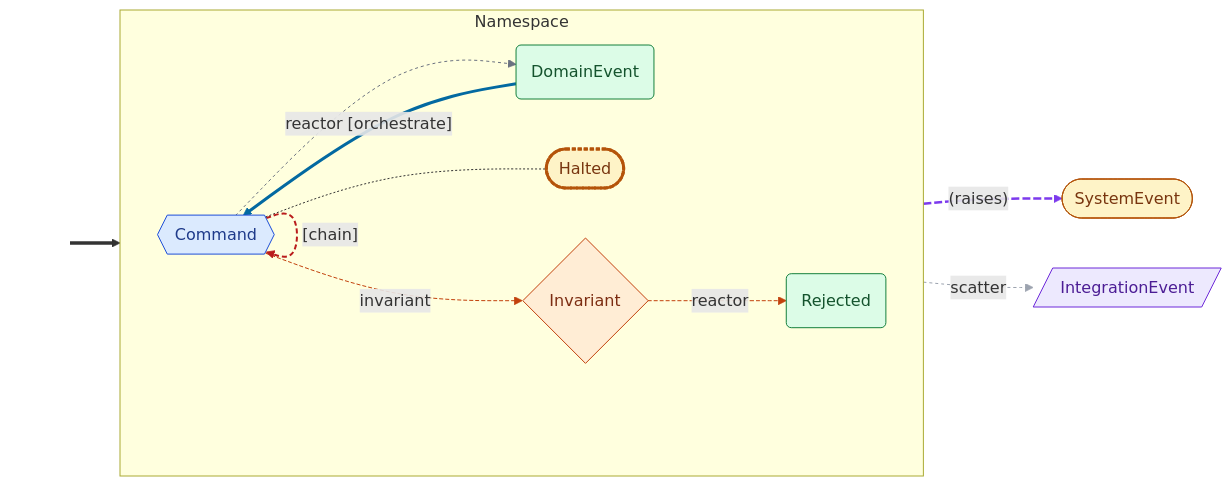
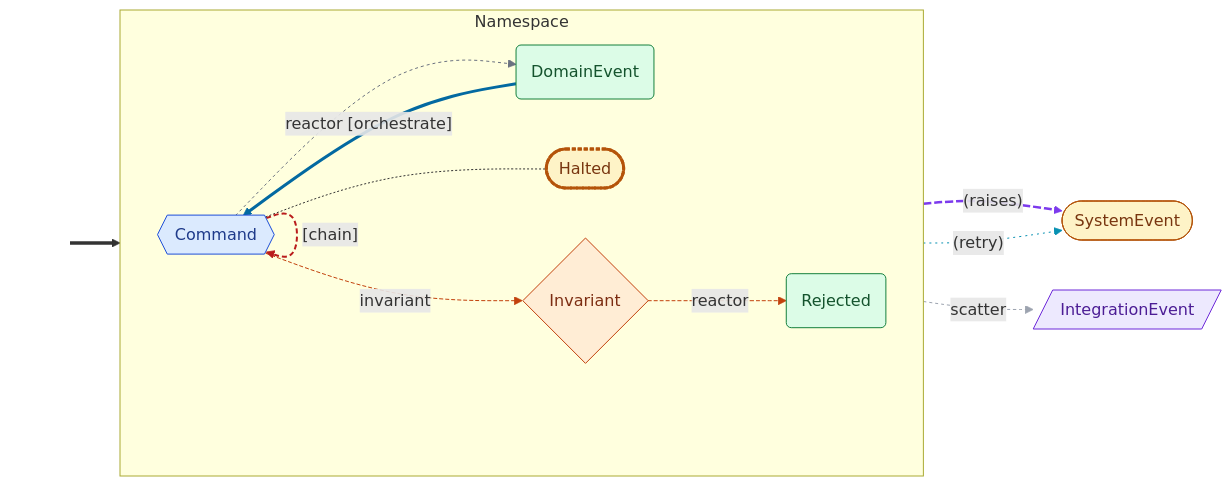
Before and after one commit to cadance-io/langgraph-events: the first of 2 diagrams in examples/content_pipeline.graph.md, drawn with Mermaid. The commit also changed 14 other files, not shown here.

````diff
--- a/examples/content_pipeline.graph.md
+++ b/examples/content_pipeline.graph.md
@@ -7,34 +7,36 @@
 ```mermaid
 graph LR
     classDef entry fill:none,stroke:none,color:none
     classDef cmd fill:#dbeafe,stroke:#1d4ed8,color:#1e3a8a
     classDef devt fill:#dcfce7,stroke:#15803d,color:#14532d
     classDef intg fill:#ede9fe,stroke:#6d28d9,color:#4c1d95
     classDef syst fill:#fef3c7,stroke:#b45309,color:#78350f
     classDef halt fill:#fef3c7,stroke:#b45309,color:#78350f,stroke-width:3px,stroke-dasharray:4 2
     classDef inv fill:#ffedd5,stroke:#c2410c,color:#7c2d12
     subgraph Example["Namespace"]
       direction LR
       Command{{Command}}:::cmd
       DomainEvent(DomainEvent):::devt
       Halted([Halted]):::halt
       Invariant{Invariant}:::inv
       Rejected(Rejected):::devt
     end
     IntegrationEvent[/IntegrationEvent/]:::intg
     SystemEvent([SystemEvent]):::syst
     _seed_[ ]:::entry ==> Command
     Command --> DomainEvent
     Command -.->|"(raises)"| SystemEvent
     Command -.->|scatter| IntegrationEvent
     Command -.- Halted
     Command -.->|invariant| Invariant -.->|reactor| Rejected
     DomainEvent -->|"reactor [orchestrate]"| Command
     Command -->|"[chain]"| Command
+    Command -.->|"(retry)"| SystemEvent
     linkStyle 1 stroke:#6b7280,stroke-dasharray:3 3
     linkStyle 2 stroke:#7c3aed,stroke-width:2.5px,stroke-dasharray:8 3
     linkStyle 3 stroke:#9ca3af,stroke-dasharray:3 3
     linkStyle 5,6 stroke:#c2410c,stroke-dasharray:4 2
     linkStyle 7 stroke:#0369a1,stroke-width:3px
     linkStyle 8 stroke:#b91c1c,stroke-width:2px,stroke-dasharray:5 3
+    linkStyle 9 stroke:#0891b2,stroke-dasharray:2 4
 ```
````
